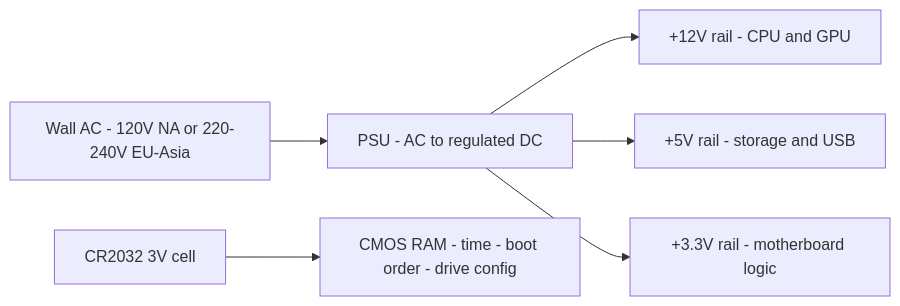
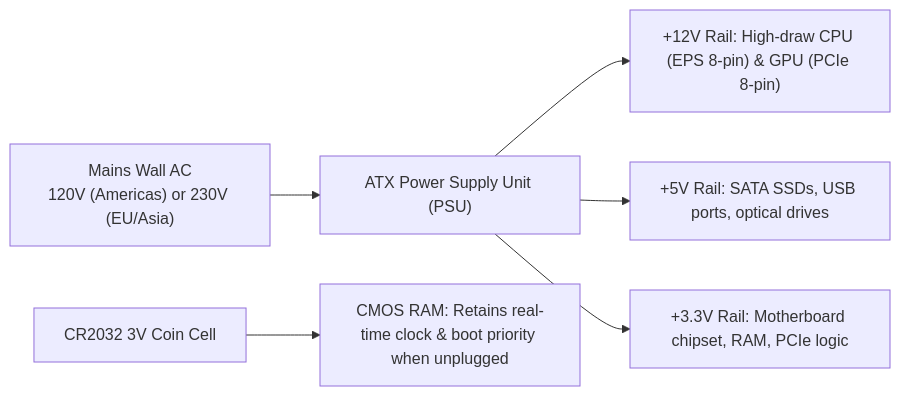
One commit to 1345AbhishekKumar/cs-cookbook changed the second of 2 diagrams in content/docs/computer-basics/it-support/10-motherboards-bios-uefi-power.mdx. Above: the diagram before and after it, drawn with Mermaid. The commit also changed other lines of this file and 299 other files, not shown here.

````diff
--- a/content/docs/computer-basics/it-support/10-motherboards-bios-uefi-power.mdx
+++ b/content/docs/computer-basics/it-support/10-motherboards-bios-uefi-power.mdx
@@ -101,8 +135,8 @@
 ```mermaid
 flowchart LR
-  WALL["Wall AC - 120V NA or 220-240V EU-Asia"] --> PSU["PSU - AC to regulated DC"]
-  PSU --> R12["+12V rail - CPU and GPU"]
-  PSU --> R5["+5V rail - storage and USB"]
-  PSU --> R33["+3.3V rail - motherboard logic"]
-  CMOS["CR2032 3V cell"] --> NVRAM["CMOS RAM - time - boot order - drive config"]
+  WALL["Mains Wall AC<br/>120V (Americas) or 230V (EU/Asia)"] --> PSU["ATX Power Supply Unit (PSU)"]
+  PSU --> R12["+12V Rail: High-draw CPU (EPS 8-pin) & GPU (PCIe 8-pin)"]
+  PSU --> R5["+5V Rail: SATA SSDs, USB ports, optical drives"]
+  PSU --> R33["+3.3V Rail: Motherboard chipset, RAM, PCIe logic"]
+  BATT["CR2032 3V Coin Cell"] --> CMOS["CMOS RAM: Retains real-time clock & boot priority when unplugged"]
 ```
````
